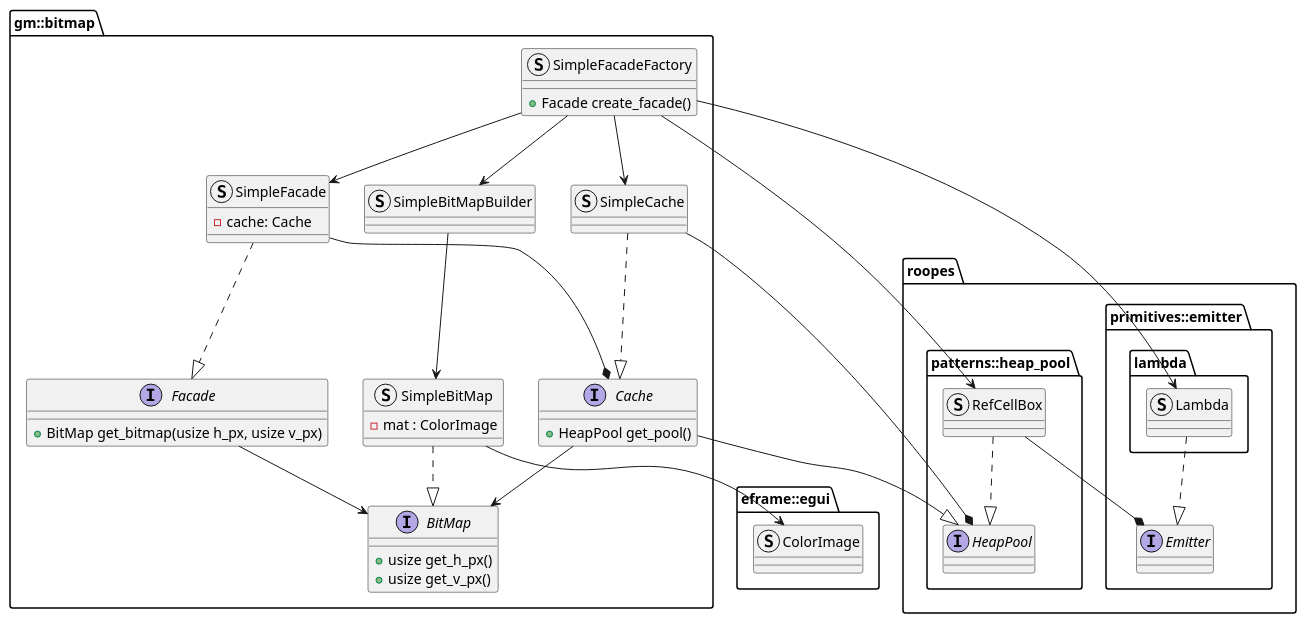
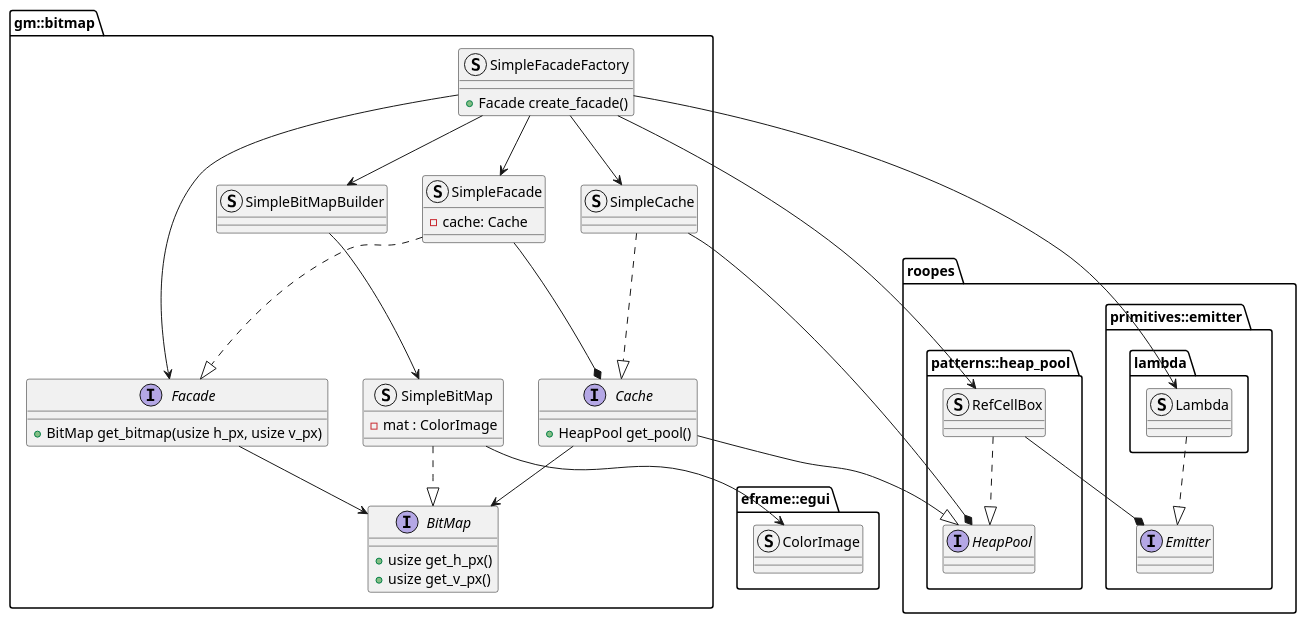
One commit to zwerdlds/GlyphMosaic changed the diagram in documentation/Specification/diagrams/subsystems/bitmap.plantuml. Above: the diagram before and after it, drawn with PlantUML. The commit also changed 17 other files, not shown here.

Commit message:
docs: - labeled subsystems for proper refs - keywords has more key components - source module added - arch views expanded and clarified - wm and browser added to context diagram - missing bitmap relationshp described

```diff
--- a/documentation/Specification/diagrams/subsystems/bitmap.plantuml
+++ b/documentation/Specification/diagrams/subsystems/bitmap.plantuml
@@ -1,77 +1,85 @@
 @startuml
 skinparam componentStyle uml1
 
 package "gm::bitmap" {
     interface "BitMap" as bm{
         + usize get_h_px()
         + usize get_v_px()
     }
 
     struct "SimpleBitMap" as bms {
         - mat : ColorImage
     }
 
     interface "Cache" as bmc{
         + HeapPool get_pool()
     }
 
     struct "SimpleCache" as bmsc{
     }
 
     interface "Facade" as bmf{
         + BitMap get_bitmap(usize h_px, usize v_px)
     }
 
     struct "SimpleFacade" as bmsf{
         - cache: Cache
     }
 
     struct "SimpleFacadeFactory" as bmsff{
         + Facade create_facade()
     }
 
     struct "SimpleBitMapBuilder" as bmsbmb{
     }
 }
 
 
 package "roopes"{
     package "primitives::emitter" {
         interface "Emitter" as ree {}
 
         package "lambda" {
             struct "Lambda" as rel {}
         }
     }
 
     package "patterns::heap_pool" {
         interface "HeapPool" as rhphp {}
         struct "RefCellBox" as rhphrcb{}
     }
 }
 
 package eframe::egui {
     struct "ColorImage" as eeci {}
 }
 
+bmc --> bm
+bmc --|> rhphp
 
 bmf --> bm
+
+bms ..|> bm
+bms --> eeci
+
+bmsbmb --> bms
+
+bmsc --* rhphp
+bmsc ..|> bmc
+
 bmsf --* bmc
-bms ..|> bm
-bmc --> bm
-bmsc ..|> bmc
+bmsf ..|> bmf
+
 bmsff --> bmsbmb
-bmsbmb --> bms
-bmsf ..|> bmf
-bmc --|> rhphp
-bmsc --* rhphp
-rhphrcb ..|> rhphp
 bmsff --> rhphrcb
 bmsff --> bmsc
 bmsff --> bmsf
+bmsff --> rel
+bmsff --> bmf
+
+rhphrcb --* ree
+rhphrcb ..|> rhphp
+
 rel ..|> ree
-bmsff --> rel
-rhphrcb --* ree
-bms --> eeci
 
 @enduml
```
